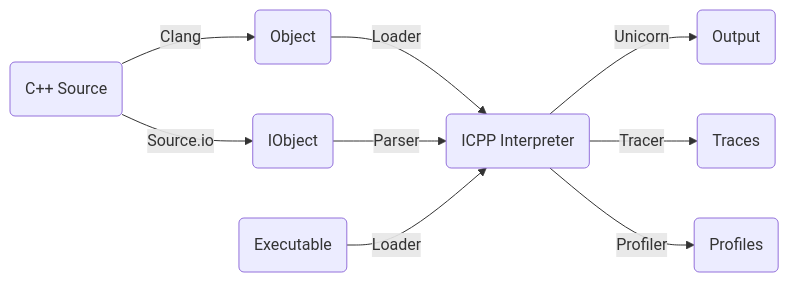
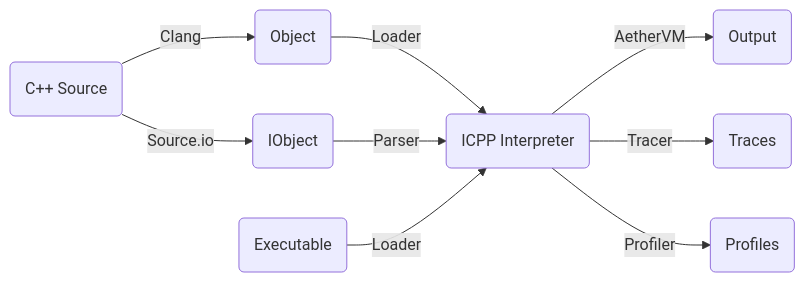
Before and after one commit to vpand/icpp: the first of 2 diagrams in doc/README.md, drawn with Mermaid. The commit also changed other lines of this file and 24 other files, not shown here.

````diff
--- a/doc/README.md
+++ b/doc/README.md
@@ -17,11 +17,11 @@
 ```mermaid
 graph LR
     A(C++ Source) -- Clang --> B(Object)
     B -- Loader --> C(ICPP Interpreter)
     A(C++ Source) -- Source.io --> H(IObject)
     H(IObject) -- Parser --> C
     E(Executable) -- Loader --> C
-    C -- Unicorn --> D(Output)
+    C -- AetherVM --> D(Output)
     C -- Tracer --> F(Traces)
     C -- Profiler --> G(Profiles)
 ```
````
